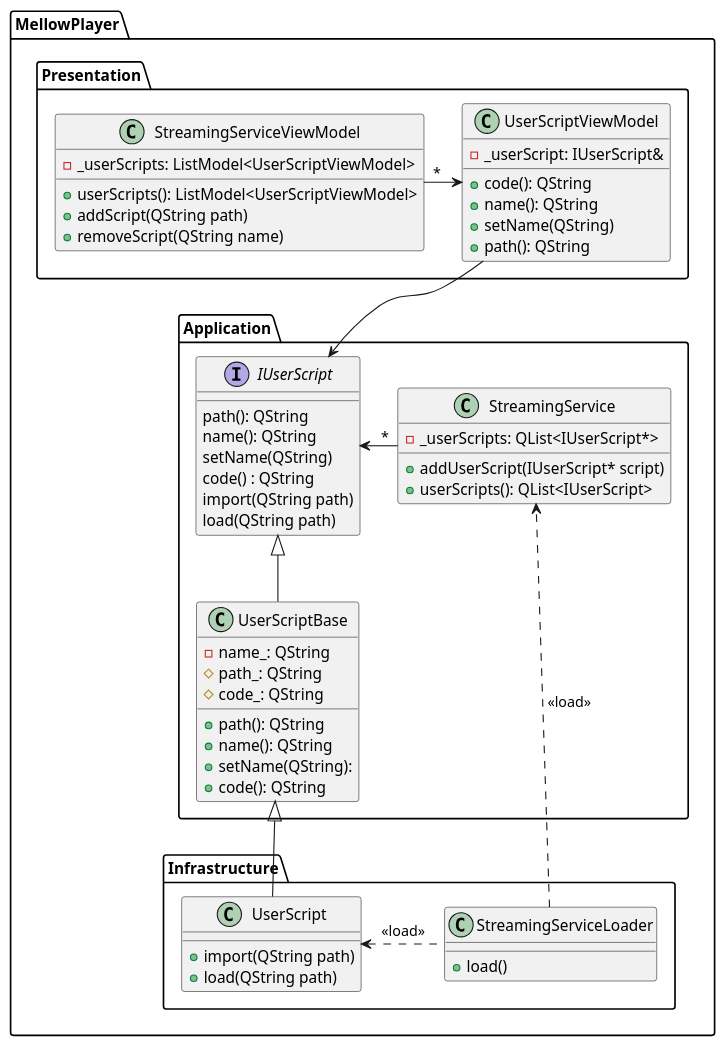
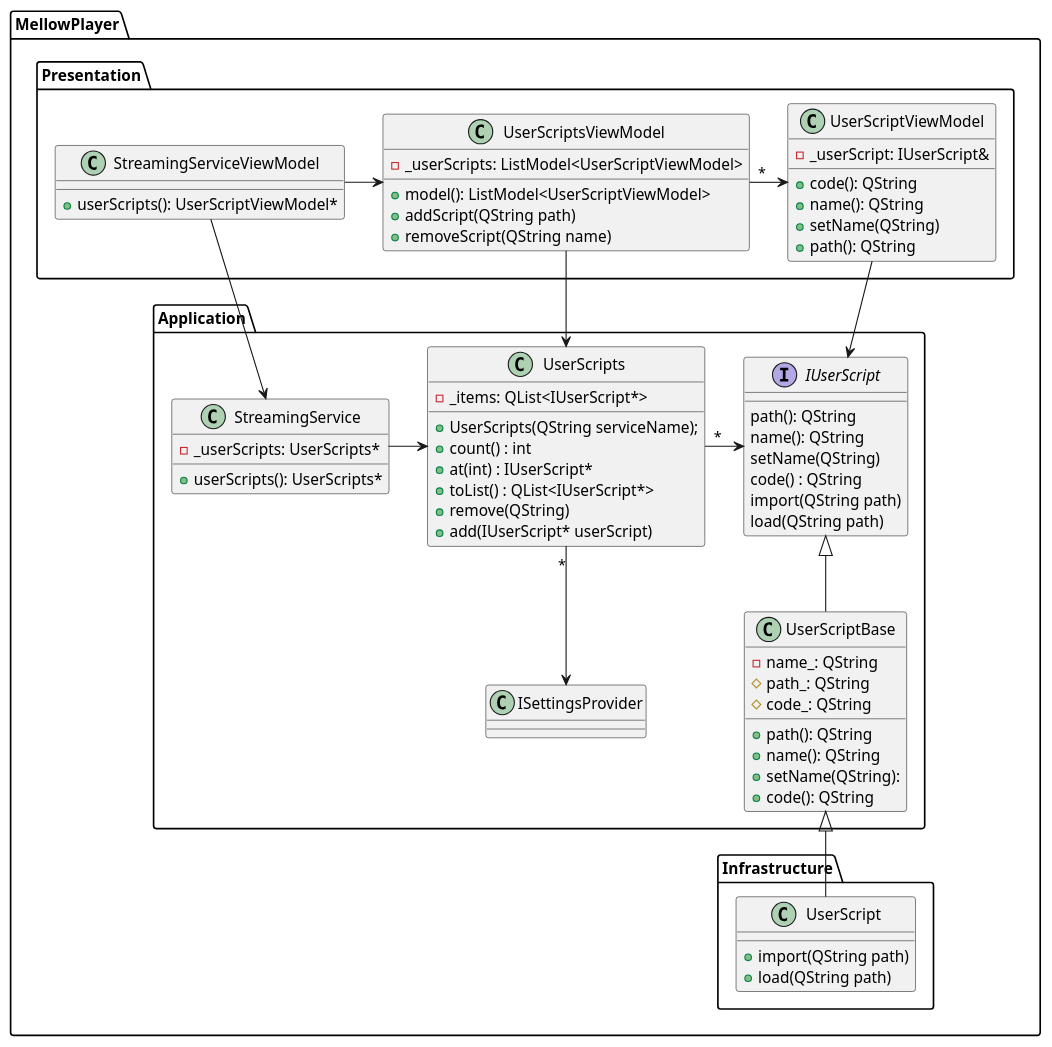
The diagram in docs/developers/PlantUml/UserScripts.puml (ColinDuquesnoy/MellowPlayer), drawn with PlantUML before and after one commit.

Commit message:
#69 Improve architecture

```diff
--- a/docs/developers/PlantUml/UserScripts.puml
+++ b/docs/developers/PlantUml/UserScripts.puml
@@ -1,74 +1,86 @@
 @startuml
 
 namespace MellowPlayer.Application {
+
+class ISettingsProvider
+
+class UserScripts {
+    - _items: QList<IUserScript*>
+    + UserScripts(QString serviceName);
+    + count() : int
+    + at(int) : IUserScript*
+    + toList() : QList<IUserScript*>
+    + remove(QString)
+    + add(IUserScript* userScript)
+}
+UserScripts "*" -> IUserScript
+UserScripts "*" --> ISettingsProvider
 
 interface IUserScript {
     path(): QString
     name(): QString
     setName(QString)
     code() : QString
     import(QString path)
     load(QString path)
 }
 
 class UserScriptBase {
     - name_: QString
     # path_: QString
     # code_: QString
     + path(): QString
     + name(): QString
     + setName(QString):
     + code(): QString
 }
 
 IUserScript <|-- UserScriptBase
 
 class StreamingService {
-    - _userScripts: QList<IUserScript*>
-    + addUserScript(IUserScript* script)
-    + userScripts(): QList<IUserScript>
+    - _userScripts: UserScripts*
+    + userScripts(): UserScripts*
 }
 
-StreamingService "*" -> IUserScript
+StreamingService -right-> UserScripts
 
 }
 
 namespace MellowPlayer.Infrastructure {
 
 class UserScript {
     + import(QString path)
     + load(QString path)
 }
 
 MellowPlayer.Application.UserScriptBase <|-- UserScript
 
-class StreamingServiceLoader {
-    + load()
-}
-
-StreamingServiceLoader .left..> UserScript: <<load>>
-StreamingServiceLoader .> MellowPlayer.Application.StreamingService: <<load>>
-
 }
 
 namespace MellowPlayer.Presentation {
+    class UserScriptsViewModel {
+        - _userScripts: ListModel<UserScriptViewModel>
+        + model(): ListModel<UserScriptViewModel>
+        + addScript(QString path)
+        + removeScript(QString name)
+    }
     class UserScriptViewModel {
         - _userScript: IUserScript&
         + code(): QString
         + name(): QString
         + setName(QString)
         + path(): QString
     }
 
     class StreamingServiceViewModel {
-        - _userScripts: ListModel<UserScriptViewModel>
-        + userScripts(): ListModel<UserScriptViewModel>
-        + addScript(QString path)
-        + removeScript(QString name)
+        + userScripts(): UserScriptViewModel*
     }
 
+    StreamingServiceViewModel -> UserScriptsViewModel
+    StreamingServiceViewModel --> MellowPlayer.Application.StreamingService
+    UserScriptsViewModel --> MellowPlayer.Application.UserScripts
     UserScriptViewModel --> MellowPlayer.Application.IUserScript
-    StreamingServiceViewModel "*" -> UserScriptViewModel
+    UserScriptsViewModel "*" -> UserScriptViewModel
 }
 
 @enduml
```
